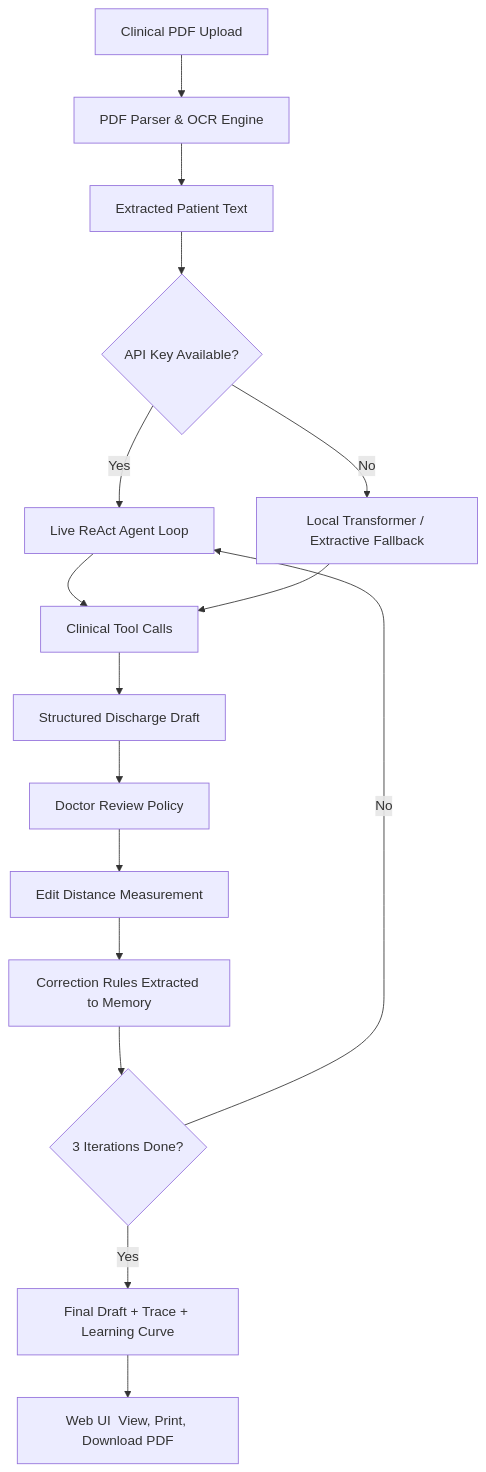
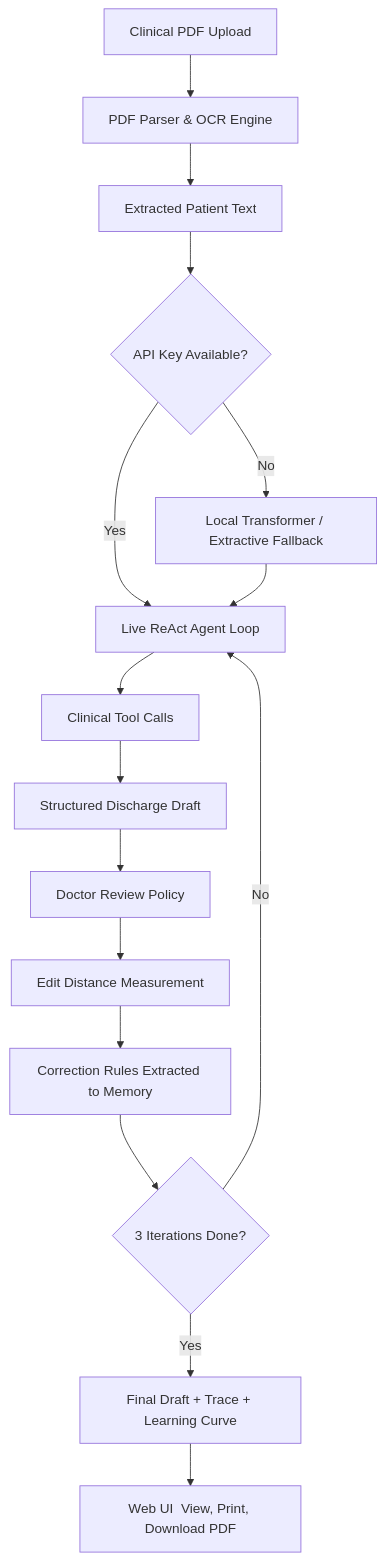
Before and after one commit to anshuS1310/Clinical-Discharge-Summary-Agent: the diagram in README.md, drawn with Mermaid.

````diff
--- a/README.md
+++ b/README.md
@@ -23,18 +23,18 @@
 ```mermaid
 graph TD
     A[Clinical PDF Upload] --> B[PDF Parser & OCR Engine]
     B --> C[Extracted Patient Text]
     C --> D{API Key Available?}
     D -- Yes --> E[Live ReAct Agent Loop]
     D -- No --> F[Local Transformer / Extractive Fallback]
     E --> G[Clinical Tool Calls]
-    F --> G
+    F --> E
     G --> H[Structured Discharge Draft]
     H --> I[Doctor Review Policy]
     I --> J[Edit Distance Measurement]
     J --> K[Correction Rules Extracted to Memory]
     K --> L{3 Iterations Done?}
     L -- No --> E
     L -- Yes --> M[Final Draft + Trace + Learning Curve]
     M --> N[Web UI  View, Print, Download PDF]
 ```
````
